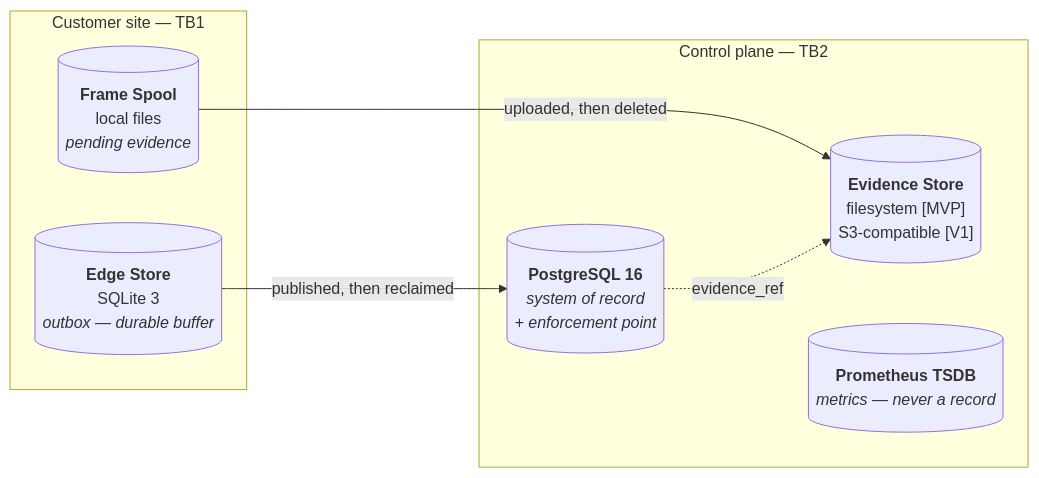
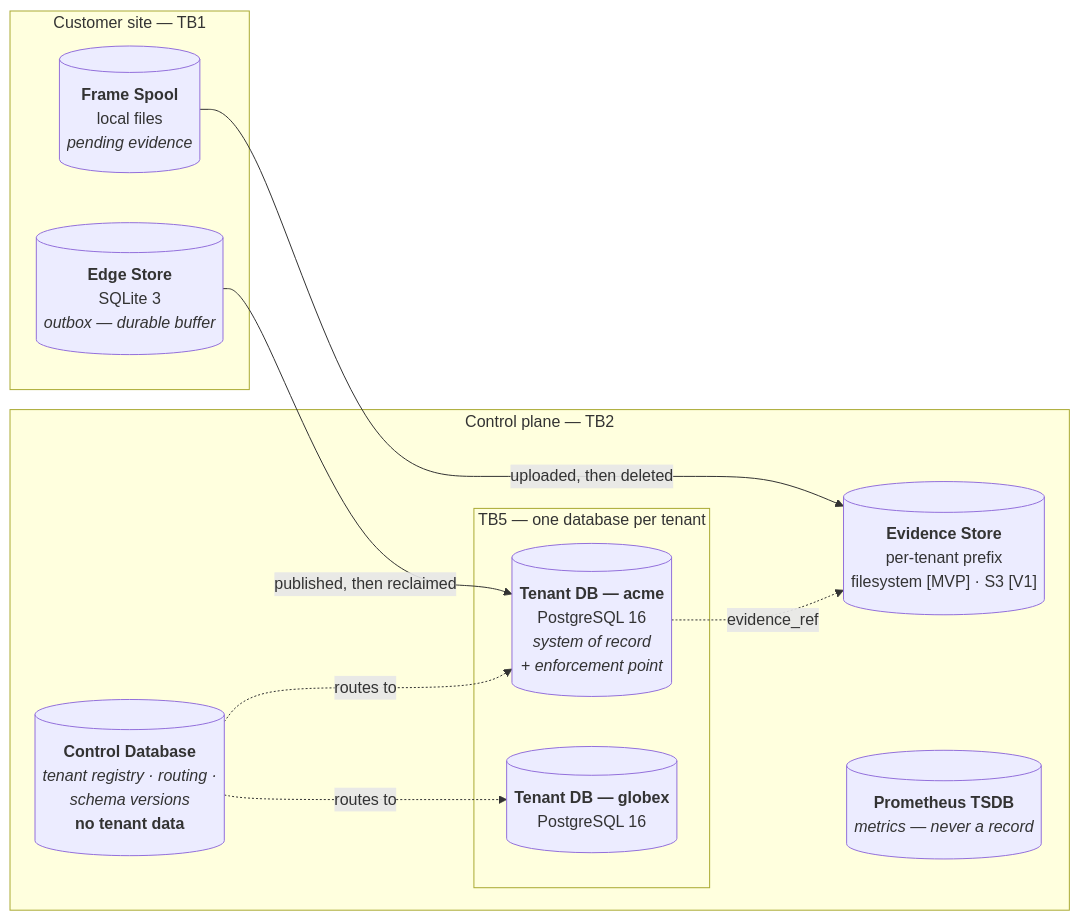
Before and after one commit to Ditstek-Innovations/GuardianLens: the first of 4 diagrams in Docs/DATABASE.md, drawn with Mermaid. The commit also changed other lines of this file and 2 other files, not shown here.

Commit message:
added tenant based changes

````diff
--- a/Docs/DATABASE.md
+++ b/Docs/DATABASE.md
@@ -59,15 +59,20 @@
 ```mermaid
 flowchart LR
     subgraph SITE["Customer site — TB1"]
         S1[("<b>Edge Store</b><br/>SQLite 3<br/><i>outbox — durable buffer</i>")]
         S2[("<b>Frame Spool</b><br/>local files<br/><i>pending evidence</i>")]
     end
     subgraph CP["Control plane — TB2"]
-        S3[("<b>PostgreSQL 16</b><br/><i>system of record<br/>+ enforcement point</i>")]
-        S4[("<b>Evidence Store</b><br/>filesystem [MVP]<br/>S3-compatible [V1]")]
+        SC[("<b>Control Database</b><br/><i>tenant registry · routing ·<br/>schema versions</i><br/><b>no tenant data</b>")]
+        subgraph TEN["TB5 — one database per tenant"]
+            S3[("<b>Tenant DB — acme</b><br/>PostgreSQL 16<br/><i>system of record<br/>+ enforcement point</i>")]
+            S3b[("<b>Tenant DB — globex</b><br/>PostgreSQL 16")]
+        end
+        S4[("<b>Evidence Store</b><br/>per-tenant prefix<br/>filesystem [MVP] · S3 [V1]")]
         S5[("<b>Prometheus TSDB</b><br/><i>metrics — never a record</i>")]
     end
     S1 -->|"published, then reclaimed"| S3
     S2 -->|"uploaded, then deleted"| S4
     S3 -.->|"evidence_ref"| S4
+    SC -.->|"routes to"| S3 & S3b
 ```
````
